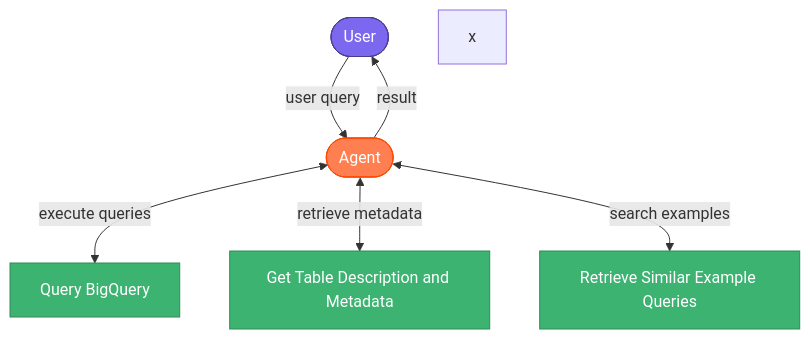
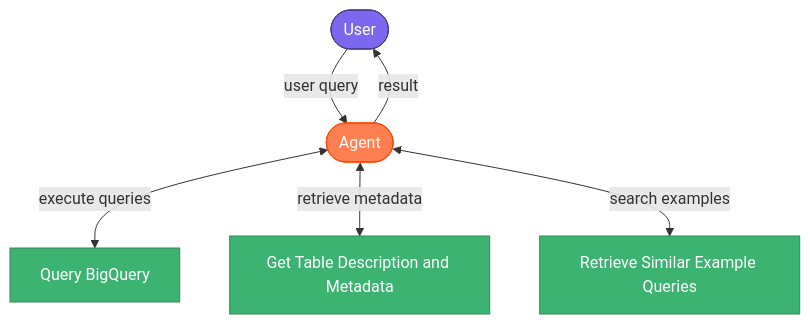
Before and after one commit to yonigottesman/mimic-agent: the diagram in README.md, drawn with Mermaid.

Commit message:
fix readme typo

````diff
--- a/README.md
+++ b/README.md
@@ -5,26 +5,26 @@
 ```mermaid
 flowchart TD
     User([User])
     Agent([Agent])
     BQ[Query BigQuery]
     TD[Get Table Description and Metadata]
     Retrieval[Retrieve Similar Example Queries]
-x
+
     %% Main flow
     User -->|"user query"| Agent
     Agent -->|"result"| User
     
     %% Circular connections
     Agent <-->|"execute queries"| BQ
     Agent <-->|"retrieve metadata"| TD
     Agent <-->|"search examples"| Retrieval
 
     %% Styling with better dark/light mode compatibility
     classDef user fill:#7b68ee,stroke:#483d8b,color:#ffffff,stroke-width:1px
     classDef agent fill:#ff7f50,stroke:#ff4500,color:#ffffff,stroke-width:1px
     classDef process fill:#3cb371,stroke:#2e8b57,color:#ffffff,stroke-width:1px
     
     class User user
     class Agent agent
     class BQ,TD,Retrieval process
 ```
````
